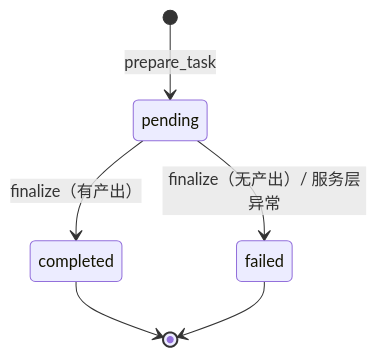
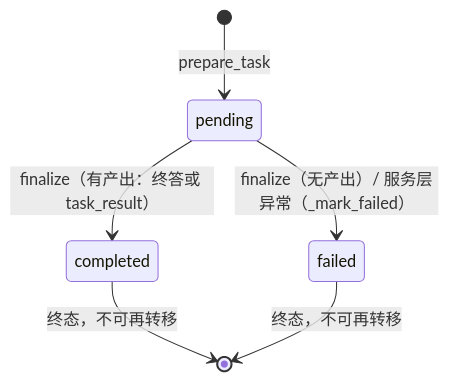
Before and after one commit to ministar8/edu-agent: the second of 3 diagrams in docs/EDU_AGENT_STATE_DESIGN.md, drawn with Mermaid. The commit also changed other lines of this file and 4 other files, not shown here.

````diff
--- a/docs/EDU_AGENT_STATE_DESIGN.md
+++ b/docs/EDU_AGENT_STATE_DESIGN.md
@@ -922,8 +927,8 @@
 ```mermaid
 stateDiagram-v2
     [*] --> pending: prepare_task
-    pending --> completed: finalize（有产出）
-    pending --> failed: finalize（无产出）/ 服务层异常
-    completed --> [*]
-    failed --> [*]
+    pending --> completed: finalize（有产出：终答或 task_result）
+    pending --> failed: finalize（无产出）/ 服务层异常（_mark_failed）
+    completed --> [*]: 终态，不可再转移
+    failed --> [*]: 终态，不可再转移
 ```
````
